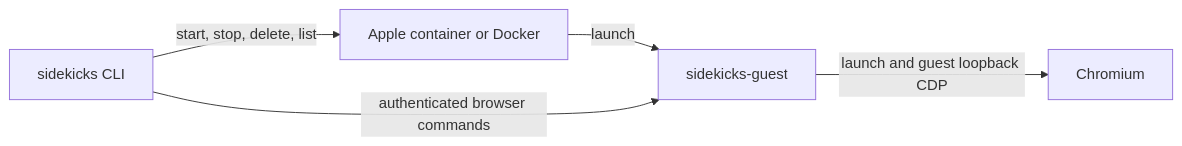
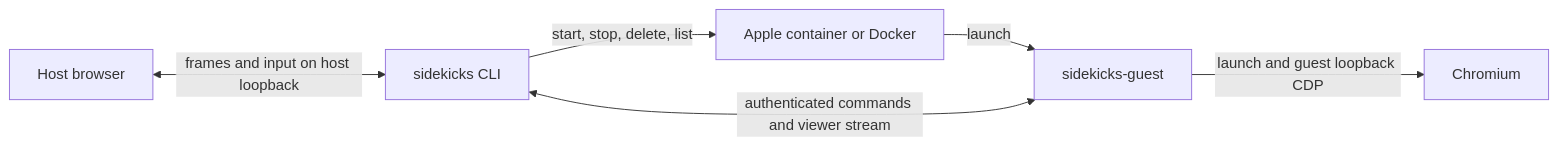
Before and after one commit to kevinmartin/sidekicks: the first of 2 diagrams in infrastructure/images/browser-use/README.md, drawn with Mermaid. The commit also changed other lines of this file and 17 other files, not shown here.

Commit message:
Add interactive browser tab viewer

````diff
--- a/infrastructure/images/browser-use/README.md
+++ b/infrastructure/images/browser-use/README.md
@@ -119,7 +125,8 @@
 ```mermaid
 flowchart LR
     CLI[sidekicks CLI] -->|start, stop, delete, list| Runtime[Apple container or Docker]
     Runtime -->|launch| Guest[sidekicks-guest]
-    CLI -->|authenticated browser commands| Guest
+    Viewer[Host browser] <-->|frames and input on host loopback| CLI
+    CLI <-->|authenticated commands and viewer stream| Guest
     Guest -->|launch and guest loopback CDP| Chromium
 ```
````
